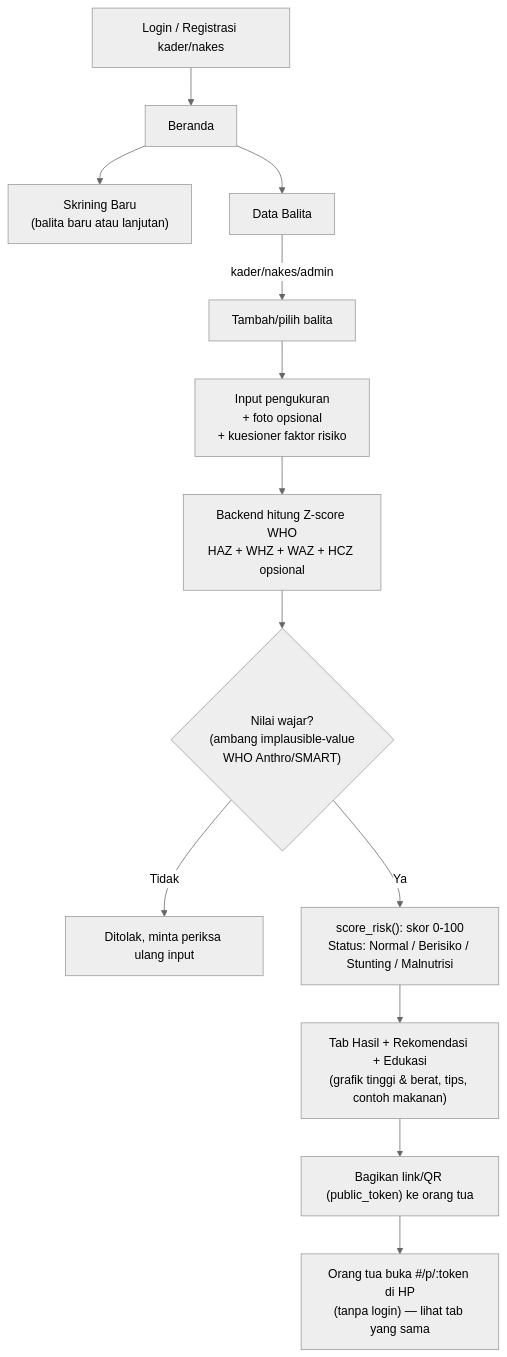
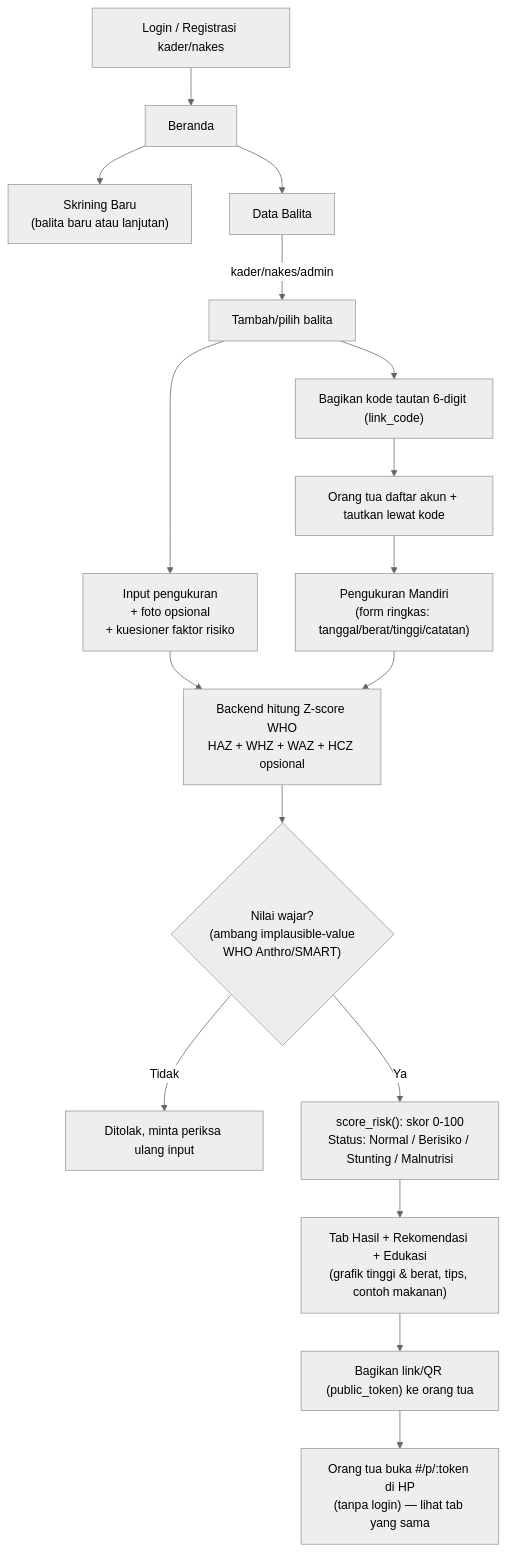
One commit to alfinalkhoiri/smartgrowth changed the diagram in README.md. Above: the diagram before and after it, drawn with Mermaid (neutral theme). The commit also changed other lines of this file and 17 other files, not shown here.

````diff
--- a/README.md
+++ b/README.md
@@ -57,15 +67,19 @@
 ```mermaid
 flowchart TD
     A[Login / Registrasi kader/nakes] --> B[Beranda]
     B --> C["Skrining Baru<br/>(balita baru atau lanjutan)"]
     B --> D[Data Balita]
     D -->|kader/nakes/admin| E[Tambah/pilih balita]
     E --> F["Input pengukuran<br/>+ foto opsional<br/>+ kuesioner faktor risiko"]
     F --> G["Backend hitung Z-score WHO<br/>HAZ + WHZ + WAZ + HCZ opsional"]
     G --> H{"Nilai wajar?<br/>(ambang implausible-value<br/>WHO Anthro/SMART)"}
     H -->|Tidak| I[Ditolak, minta periksa ulang input]
     H -->|Ya| J["score_risk(): skor 0-100<br/>Status: Normal / Berisiko / Stunting / Malnutrisi"]
     J --> K["Tab Hasil + Rekomendasi + Edukasi<br/>(grafik tinggi & berat, tips, contoh makanan)"]
     K --> L["Bagikan link/QR (public_token) ke orang tua"]
     L --> M["Orang tua buka #/p/:token di HP<br/>(tanpa login) — lihat tab yang sama"]
+    E --> N["Bagikan kode tautan 6-digit (link_code)"]
+    N --> O["Orang tua daftar akun + tautkan lewat kode"]
+    O --> P["Pengukuran Mandiri<br/>(form ringkas: tanggal/berat/tinggi/catatan)"]
+    P --> G
 ```
````
